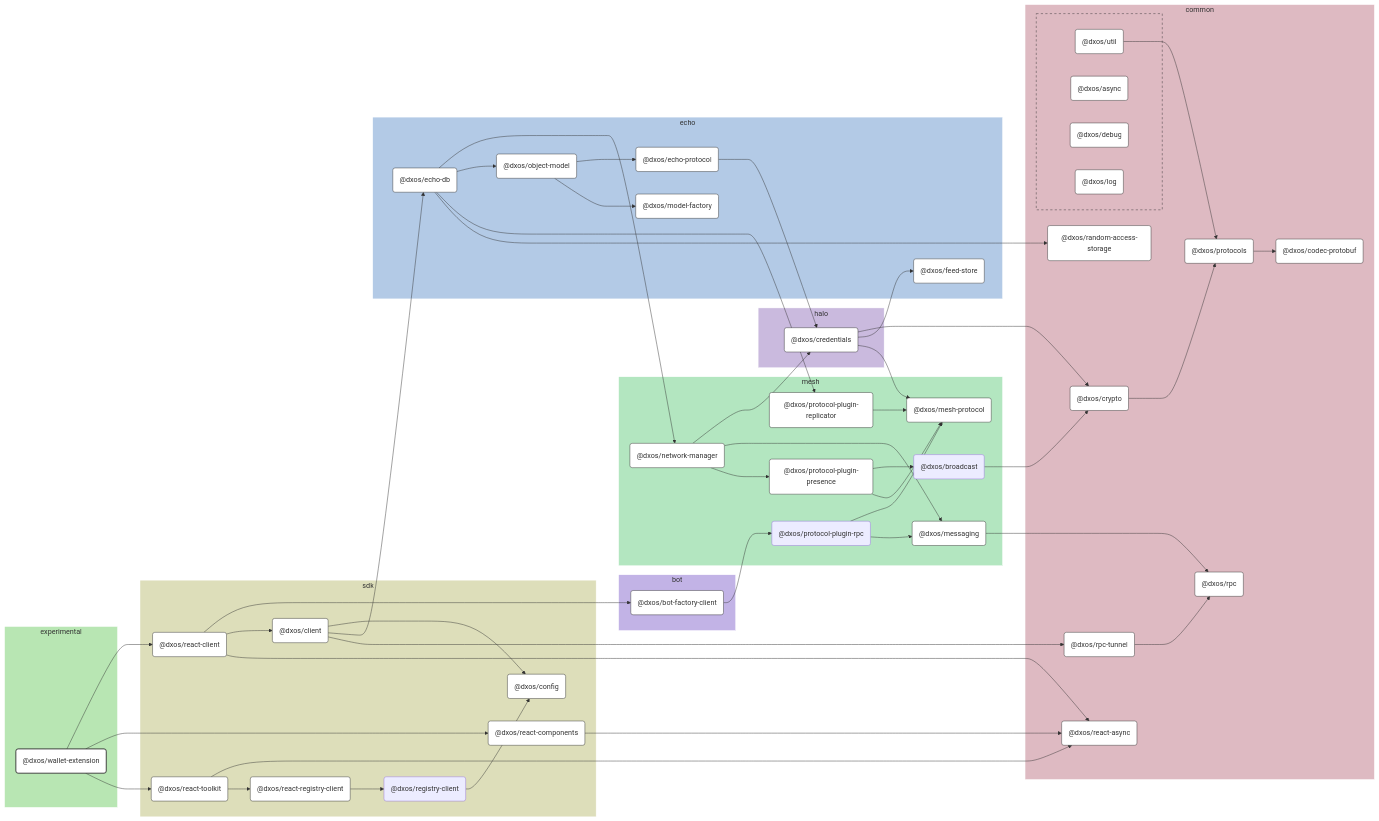
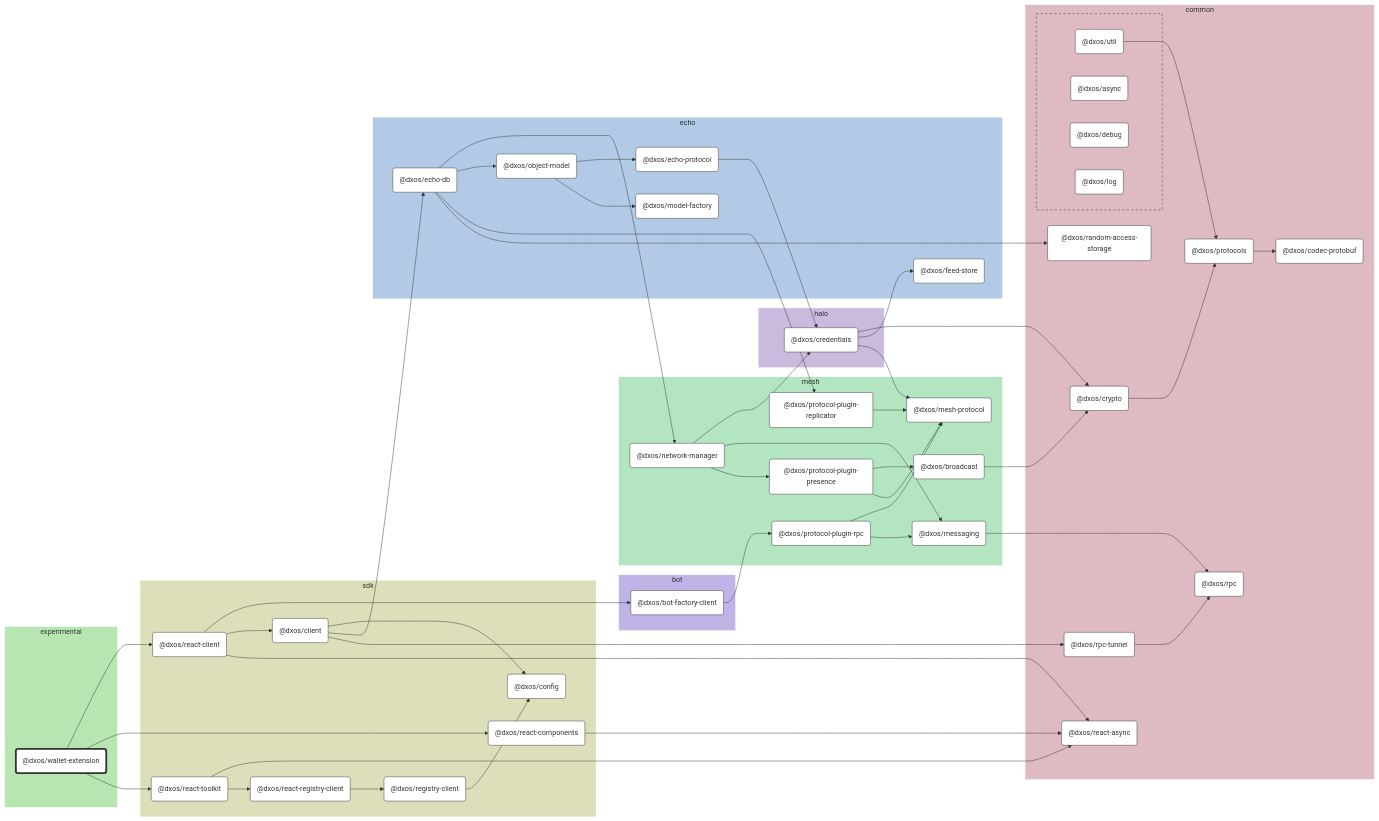
Before and after one commit to dxos/dxos: the diagram in apps/experimental/wallet-extension/docs/README.md, drawn with Mermaid. The commit also changed other lines of this file and 86 other files, not shown here.

```diff
--- a/apps/experimental/wallet-extension/docs/README.md
+++ b/apps/experimental/wallet-extension/docs/README.md
@@ -128,6 +128,7 @@
 %% Hyperlinks
 click dxos/async "dxos/dxos/tree/main/packages/common/async/docs";
 click dxos/bot-factory-client "dxos/dxos/tree/main/packages/bot/bot-factory-client/docs";
+click dxos/broadcast "dxos/dxos/tree/main/packages/mesh/broadcast/docs";
 click dxos/client "dxos/dxos/tree/main/packages/sdk/client/docs";
 click dxos/codec-protobuf "dxos/dxos/tree/main/packages/common/codec-protobuf/docs";
 click dxos/config "dxos/dxos/tree/main/packages/sdk/config/docs";
@@ -145,6 +146,7 @@
 click dxos/object-model "dxos/dxos/tree/main/packages/echo/object-model/docs";
 click dxos/protocol-plugin-presence "dxos/dxos/tree/main/packages/mesh/protocol-plugin-presence/docs";
 click dxos/protocol-plugin-replicator "dxos/dxos/tree/main/packages/mesh/protocol-plugin-replicator/docs";
+click dxos/protocol-plugin-rpc "dxos/dxos/tree/main/packages/mesh/protocol-plugin-rpc/docs";
 click dxos/protocols "dxos/dxos/tree/main/packages/common/protocols/docs";
 click dxos/random-access-storage "dxos/dxos/tree/main/packages/common/random-access-storage/docs";
 click dxos/react-async "dxos/dxos/tree/main/packages/common/react-async/docs";
@@ -152,12 +154,13 @@
 click dxos/react-components "dxos/dxos/tree/main/packages/sdk/react-components/docs";
 click dxos/react-registry-client "dxos/dxos/tree/main/packages/sdk/react-registry-client/docs";
 click dxos/react-toolkit "dxos/dxos/tree/main/packages/sdk/react-toolkit/docs";
+click dxos/registry-client "dxos/dxos/tree/main/packages/sdk/registry-client/docs";
 click dxos/rpc "dxos/dxos/tree/main/packages/common/rpc/docs";
 click dxos/rpc-tunnel "dxos/dxos/tree/main/packages/common/rpc-tunnel/docs";
 click dxos/util "dxos/dxos/tree/main/packages/common/util/docs";
 
 %% Styles
-classDef rootNode fill:#fff,stroke:#333,stroke-width:2px
+classDef rootNode fill:#fff,stroke:#333,stroke-width:4px
 classDef defaultNode fill:#fff,stroke:#333,stroke-width:1px
 linkStyle default stroke:#333,stroke-width:1px
 
@@ -165,6 +168,7 @@
 
 dxos/async:::defaultNode
 dxos/bot-factory-client:::defaultNode
+dxos/broadcast:::defaultNode
 dxos/client:::defaultNode
 dxos/codec-protobuf:::defaultNode
 dxos/config:::defaultNode
@@ -182,6 +186,7 @@
 dxos/object-model:::defaultNode
 dxos/protocol-plugin-presence:::defaultNode
 dxos/protocol-plugin-replicator:::defaultNode
+dxos/protocol-plugin-rpc:::defaultNode
 dxos/protocols:::defaultNode
 dxos/random-access-storage:::defaultNode
 dxos/react-async:::defaultNode
@@ -189,6 +194,7 @@
 dxos/react-components:::defaultNode
 dxos/react-registry-client:::defaultNode
 dxos/react-toolkit:::defaultNode
+dxos/registry-client:::defaultNode
 dxos/rpc:::defaultNode
 dxos/rpc-tunnel:::defaultNode
 dxos/util:::defaultNode
```
